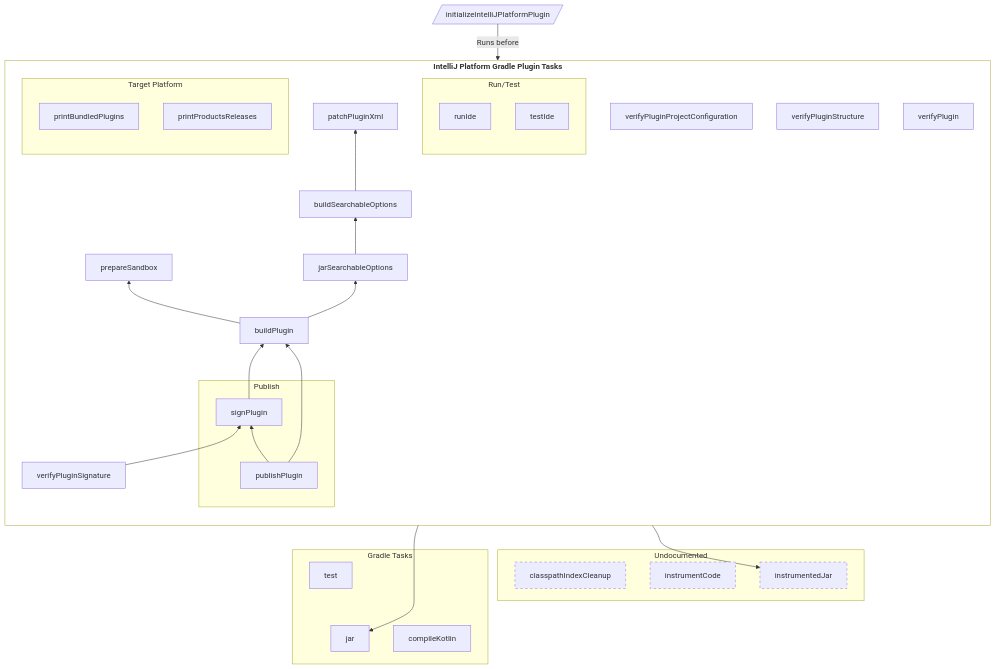
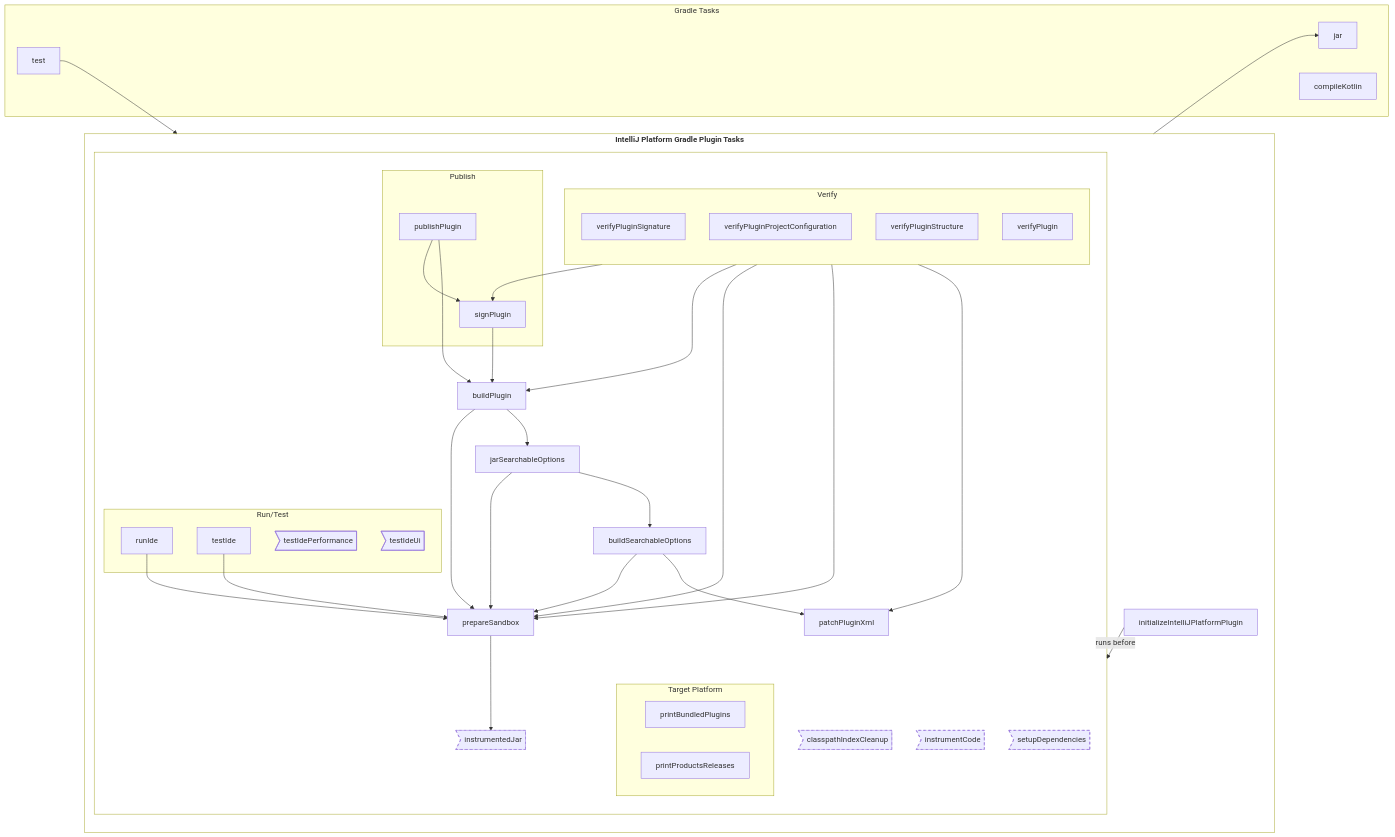
Before and after one commit to JetBrains/intellij-sdk-docs: the diagram in topics/appendix/tools/intellij_platform_gradle_plugin/tools_intellij_platform_gradle_plugin_tasks.md, drawn with Mermaid. The commit also changed other lines of this file, not shown here.

Commit message:
IntelliJ Platform Gradle Plugin: tasks graph

````diff
--- a/topics/appendix/tools/intellij_platform_gradle_plugin/tools_intellij_platform_gradle_plugin_tasks.md
+++ b/topics/appendix/tools/intellij_platform_gradle_plugin/tools_intellij_platform_gradle_plugin_tasks.md
@@ -15,42 +15,48 @@
 ```mermaid
-flowchart
+flowchart LR
 
     subgraph TASKS ["`**IntelliJ Platform Gradle Plugin Tasks**`"]
-        direction BT
+        direction TB
 
-        buildPlugin
-        buildSearchableOptions
-        jarSearchableOptions
-        patchPluginXml
-        prepareSandbox
-        verifyPluginProjectConfiguration
-        verifyPluginStructure
-        verifyPlugin
+        initializeIntelliJPlatformPlugin
 
-        subgraph PUBLISH ["Publish"]
-            publishPlugin
-            signPlugin
+        subgraph ALL ["` `"]
+            buildPlugin
+            buildSearchableOptions
+            classpathIndexCleanup>classpathIndexCleanup]
+            instrumentCode>instrumentCode]
+            instrumentedJar>instrumentedJar]
+            jarSearchableOptions
+            patchPluginXml
+            prepareSandbox
+            setupDependencies>setupDependencies]
+
+            subgraph PUBLISH ["Publish"]
+                publishPlugin
+                signPlugin
+            end
+
+            subgraph RUN ["Run/Test"]
+                runIde
+                testIde
+                testIdePerformance>testIdePerformance]
+                testIdeUi>testIdeUi]
+            end
+
+            subgraph VERIFY ["Verify"]
+                direction TB
+
+                verifyPluginSignature
+                verifyPluginProjectConfiguration
+                verifyPluginStructure
+                verifyPlugin
+            end
+
+            subgraph PLATFORM ["Target Platform"]
+                printBundledPlugins
+                printProductsReleases
+            end
         end
-
-        subgraph RUN ["Run/Test"]
-            runIde
-            testIde
-        end
-        verifyPluginSignature
-
-        subgraph PLATFORM ["Target Platform"]
-            printBundledPlugins
-            printProductsReleases
-        end
-        verifyPluginSignature --> signPlugin
-    end
-
-    initializeIntelliJPlatformPlugin[/initializeIntelliJPlatformPlugin/] --> |Runs before| TASKS
-
-    subgraph Undocumented
-        classpathIndexCleanup
-        instrumentCode
-        instrumentedJar
     end
 
     subgraph GRADLE ["Gradle Tasks"]
@@ -59,16 +65,22 @@
         compileKotlin
     end
 
+
+    initializeIntelliJPlatformPlugin --> | runs before | ALL
     buildPlugin --> jarSearchableOptions & prepareSandbox
-    buildSearchableOptions --> patchPluginXml
-    jarSearchableOptions --> buildSearchableOptions
+    jarSearchableOptions --> buildSearchableOptions & prepareSandbox
+    buildSearchableOptions --> patchPluginXml & prepareSandbox
     prepareSandbox --> jar & instrumentedJar
     publishPlugin --> buildPlugin & signPlugin
+    runIde --> prepareSandbox
     signPlugin --> buildPlugin
+    testIde --> prepareSandbox
+    test --> testIde
+    verifyPluginProjectConfiguration --> patchPluginXml
+    verifyPluginSignature --> signPlugin & prepareSandbox
+    verifyPluginStructure --> prepareSandbox
+    verifyPlugin --> buildPlugin
 
-    test ~~~ jar
-    buildSearchableOptions ~~~ instrumentedJar
-    TASKS ~~~ GRADLE
 
     click buildPlugin "#buildPlugin"
     click buildSearchableOptions "#buildSearchableOptions"
@@ -83,15 +95,21 @@
     click printProductsReleases "#printProductsReleases"
     click publishPlugin "#publishPlugin"
     click runIde "#runIde"
+    click setupDependencies "#setupDependencies"
     click signPlugin "#signPlugin"
     click testIde "#testIde"
+    click testIdePerformance "#testIdePerformance"
+    click testIdeUi "#testIdeUi"
     click verifyPluginProjectConfiguration "#verifyPluginProjectConfiguration"
     click verifyPluginSignature "#verifyPluginSignature"
     click verifyPluginStructure "#verifyPluginStructure"
+    click verifyPlugin "#verifyPlugin"
+
+    style TASKS fill:transparent
+    style ALL fill:transparent
 
     style classpathIndexCleanup stroke-dasharray: 5 5
     style instrumentCode stroke-dasharray: 5 5
     style instrumentedJar stroke-dasharray: 5 5
-
-    style TASKS fill:transparent
+    style setupDependencies stroke-dasharray: 5 5
 ```
````
